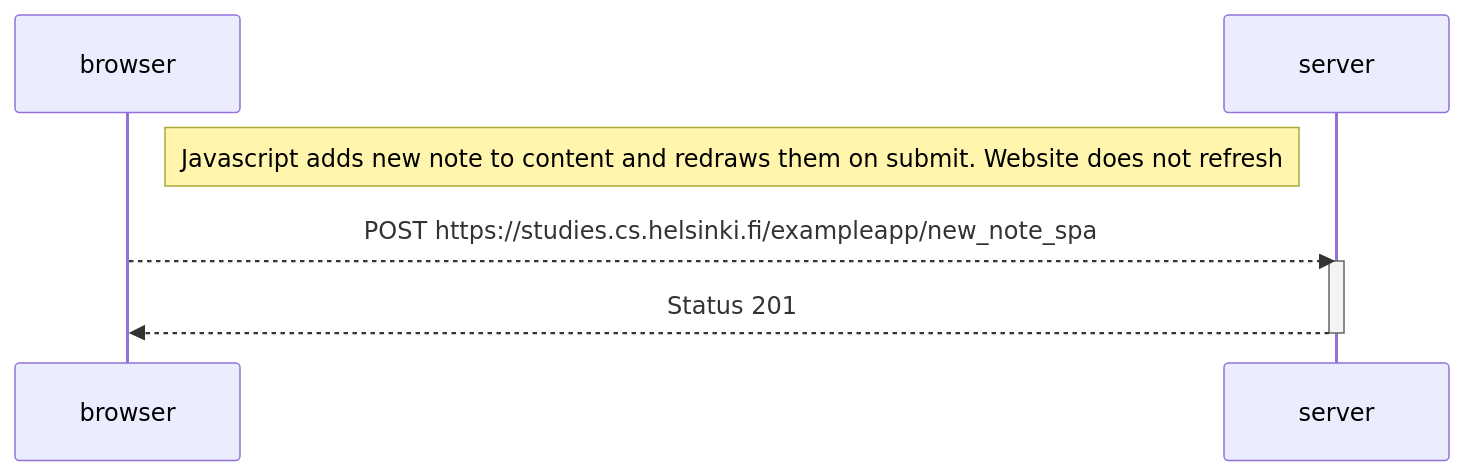
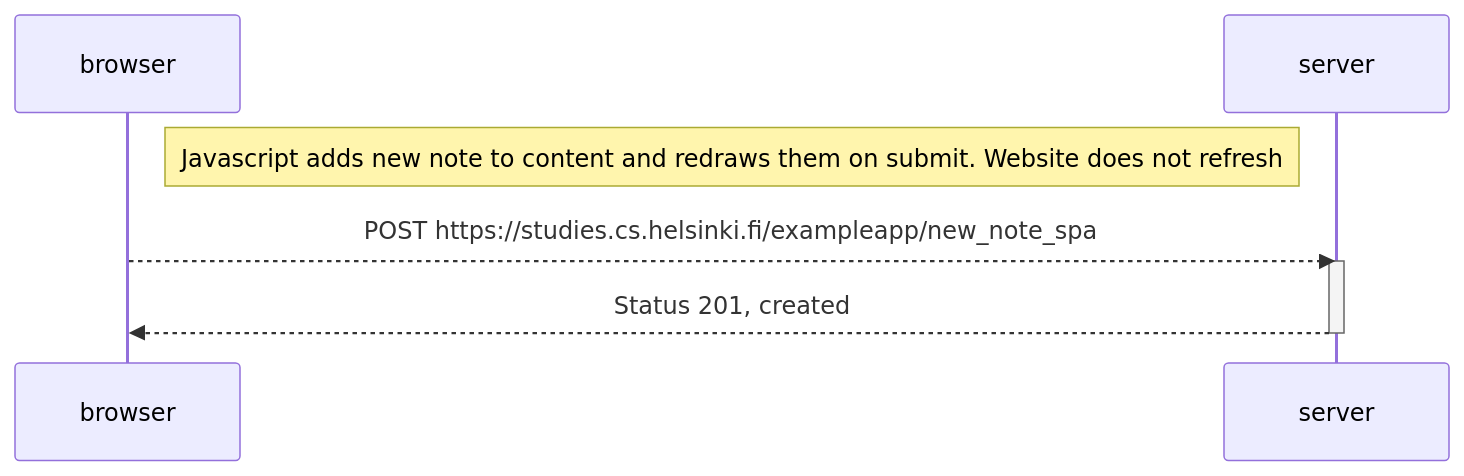
One commit to T-Marenk/FullStackOpen changed the diagram in osa0/yksi_sivu_uusi_muistiinpano/single_page_note.md. Above: the diagram before and after it, drawn with Mermaid.

Commit message:
Osa0, tehtava 6

````diff
--- a/osa0/yksi_sivu_uusi_muistiinpano/single_page_note.md
+++ b/osa0/yksi_sivu_uusi_muistiinpano/single_page_note.md
@@ -1,11 +1,11 @@
 ```mermaid
   sequenceDiagram
     participant browser
     participant server
     
     Note right of browser: Javascript adds new note to content and redraws them on submit. Website does not refresh
     browser-->>server: POST https://studies.cs.helsinki.fi/exampleapp/new_note_spa
     activate server
-    server-->>browser: Status 201
+    server-->>browser: Status 201, created
     deactivate server
 ```
````
